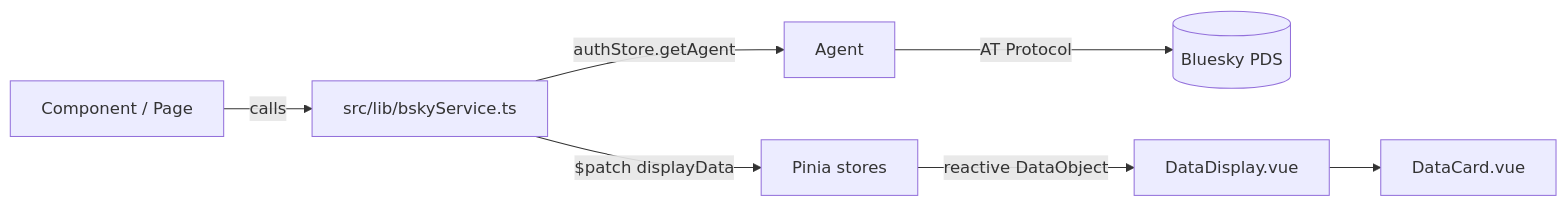
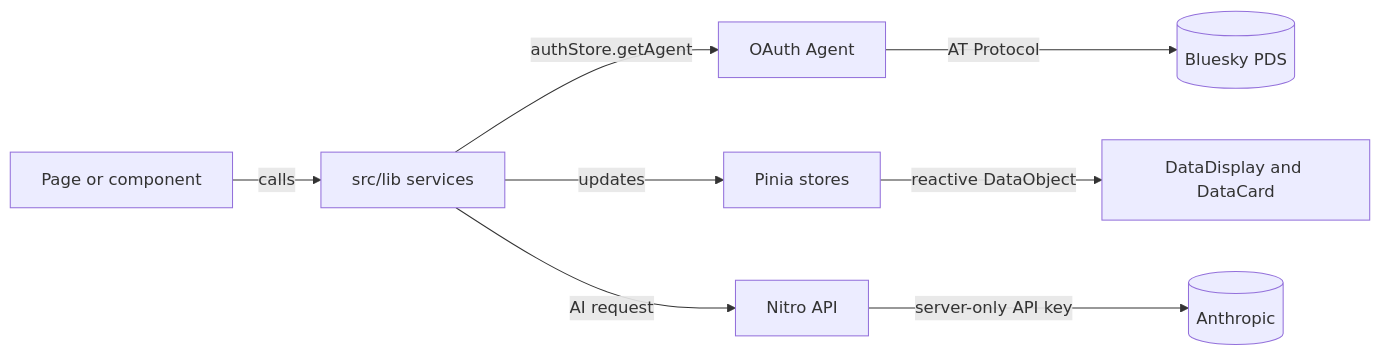
One commit to samuellealb/bluelist changed the first of 2 diagrams in docs/ARCHITECTURE.md. Above: the diagram before and after it, drawn with Mermaid. The commit also changed other lines of this file and 24 other files, not shown here.

````diff
--- a/docs/ARCHITECTURE.md
+++ b/docs/ARCHITECTURE.md
@@ -48,9 +60,10 @@
 ```mermaid
 flowchart LR
-    C[Component / Page] -->|calls| S[src/lib/bskyService.ts]
-    S -->|authStore.getAgent| A[Agent]
-    A -->|AT Protocol| BSKY[(Bluesky PDS)]
-    S -->|$patch displayData| ST[Pinia stores]
-    ST -->|reactive DataObject| DD[DataDisplay.vue]
-    DD --> DC[DataCard.vue]
+  C[Page or component] -->|calls| S[src/lib services]
+  S -->|authStore.getAgent| A[OAuth Agent]
+  A -->|AT Protocol| BSKY[(Bluesky PDS)]
+  S -->|updates| ST[Pinia stores]
+  ST -->|reactive DataObject| DD[DataDisplay and DataCard]
+  S -->|AI request| N[Nitro API]
+  N -->|server-only API key| ANT[(Anthropic)]
 ```
````
